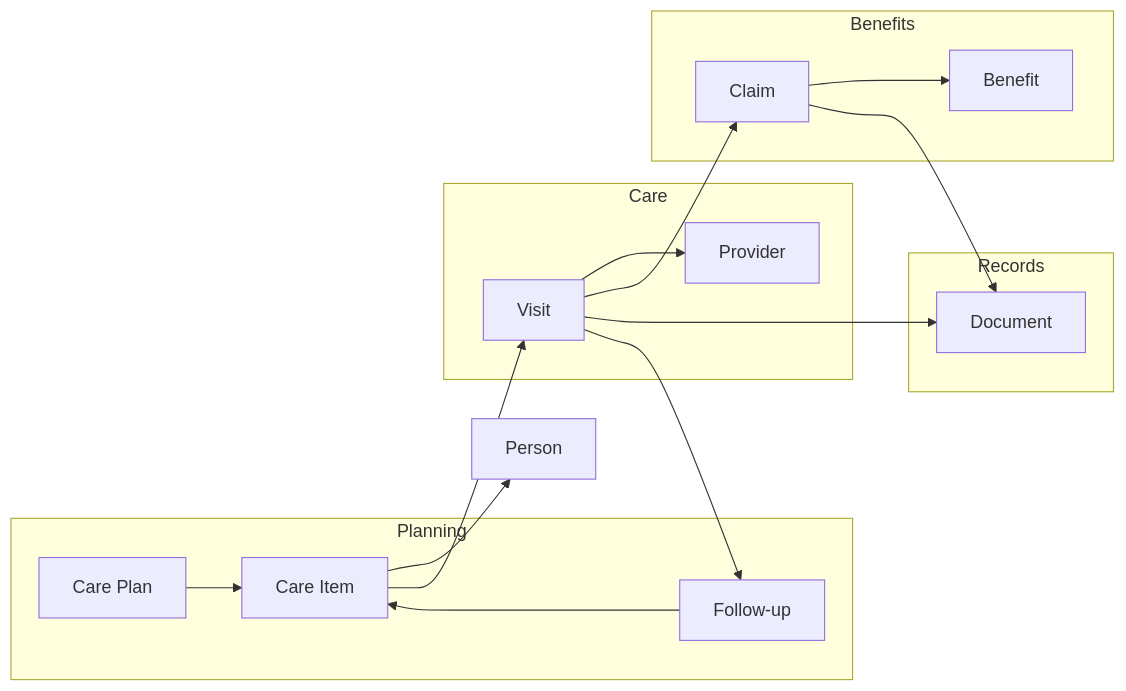
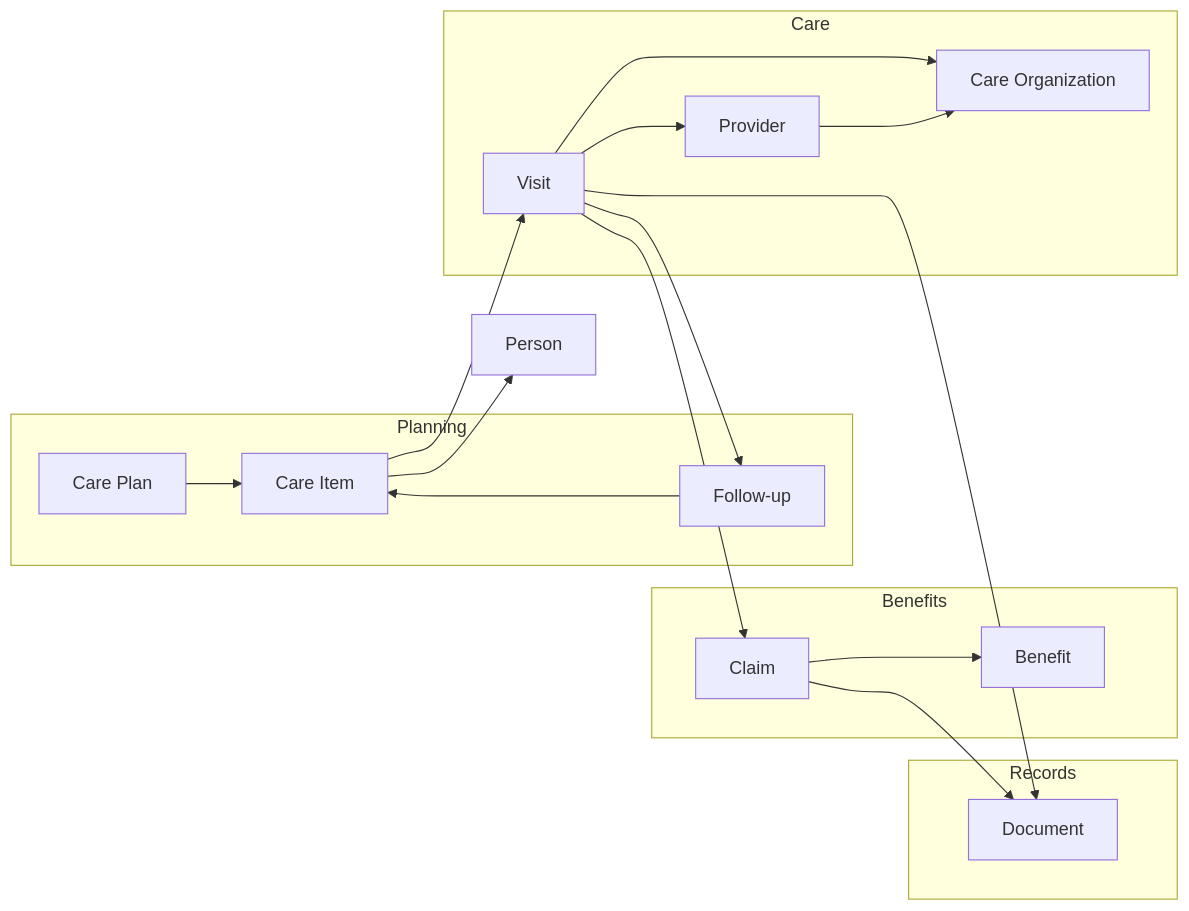
Before and after one commit to yourtoolshq/everyday: the sixth of 6 diagrams in docs/DOMAIN.md, drawn with Mermaid. The commit also changed other lines of this file and 27 other files, not shown here.

Commit message:
Add visit-based care progress and provider management

````diff
--- a/docs/DOMAIN.md
+++ b/docs/DOMAIN.md
@@ -573,39 +589,42 @@
 ```mermaid
 flowchart LR
     Person[Person]
 
     subgraph Planning
         CarePlan[Care Plan]
         CareItem[Care Item]
         FollowUp[Follow-up]
     end
 
     subgraph Care
         Visit[Visit]
         Provider[Provider]
+        CareOrganization[Care Organization]
     end
 
     subgraph Benefits
         Benefit[Benefit]
         Claim[Claim]
     end
 
     subgraph Records
         Document[Document]
     end
 
     CarePlan --> CareItem
     CareItem --> Person
 
     CareItem --> Visit
     Visit --> Provider
+    Visit --> CareOrganization
+    Provider --> CareOrganization
 
     Visit --> Claim
     Claim --> Benefit
 
     Visit --> Document
     Claim --> Document
 
     Visit --> FollowUp
     FollowUp --> CareItem
 ```
````
